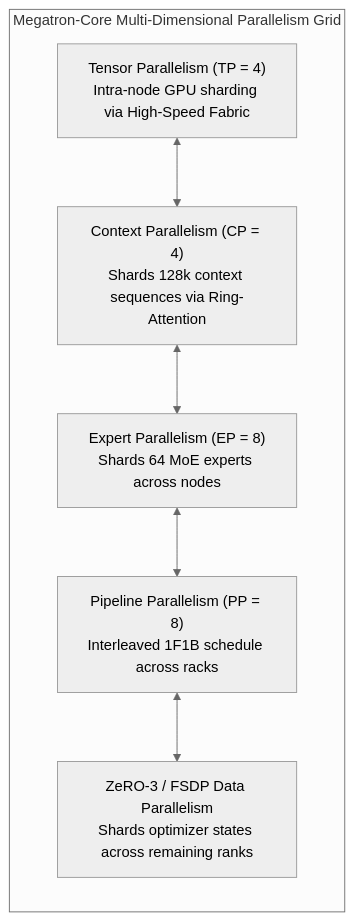
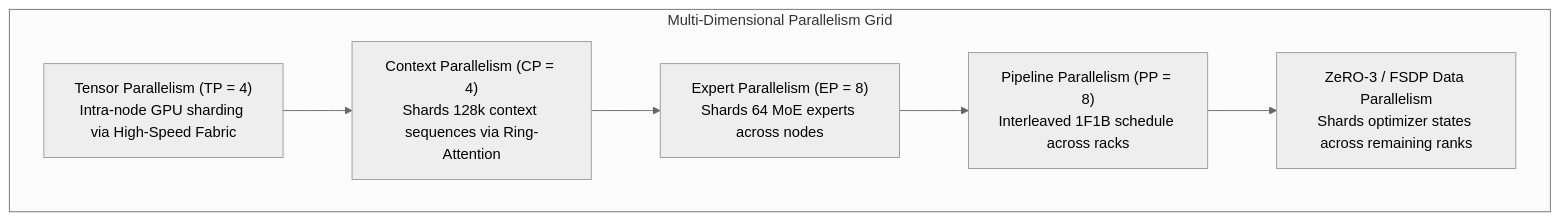
One commit to Ashutosh0x/frontier-llm-from-scratch changed the second of 2 diagrams in RESEARCH_REPORT_FRONTIER_LLM_FROM_SCRATCH.md. Above: the diagram before and after it, drawn with Mermaid (neutral theme). The commit also changed other lines of this file and 1 other file, not shown here.

Commit message:
style: remove emojis and badge icons, fix mermaid architecture diagram syntax for GitHub rendering

````diff
--- a/RESEARCH_REPORT_FRONTIER_LLM_FROM_SCRATCH.md
+++ b/RESEARCH_REPORT_FRONTIER_LLM_FROM_SCRATCH.md
@@ -261,15 +271,15 @@
 ```mermaid
-flowchart LR
-    subgraph AcceleratorMesh ["Megatron-Core Multi-Dimensional Parallelism Grid"]
-        direction TB
-        TP["Tensor Parallelism (TP = 4)<br/>Intra-node GPU sharding via High-Speed Fabric"]
-        CP["Context Parallelism (CP = 4)<br/>Shards 128k context sequences via Ring-Attention"]
-        EP["Expert Parallelism (EP = 8)<br/>Shards 64 MoE experts across nodes"]
-        PP["Pipeline Parallelism (PP = 8)<br/>Interleaved 1F1B schedule across racks"]
-        DP["ZeRO-3 / FSDP Data Parallelism<br/>Shards optimizer states across remaining ranks"]
+flowchart TD
+    subgraph AcceleratorMesh ["Multi-Dimensional Parallelism Grid"]
+        TP["Tensor Parallelism (TP = 4)<br>Intra-node GPU sharding via High-Speed Fabric"]
+        CP["Context Parallelism (CP = 4)<br>Shards 128k context sequences via Ring-Attention"]
+        EP["Expert Parallelism (EP = 8)<br>Shards 64 MoE experts across nodes"]
+        PP["Pipeline Parallelism (PP = 8)<br>Interleaved 1F1B schedule across racks"]
+        DP["ZeRO-3 / FSDP Data Parallelism<br>Shards optimizer states across remaining ranks"]
+
+        TP --> CP
+        CP --> EP
+        EP --> PP
+        PP --> DP
     end
-    TP <--> CP
-    CP <--> EP
-    EP <--> PP
-    PP <--> DP
 ```
````
